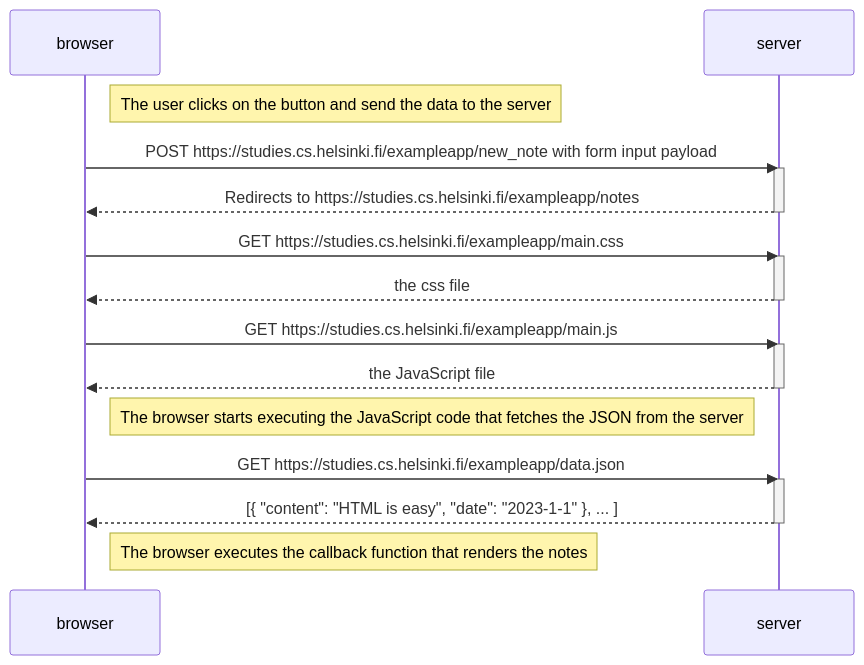
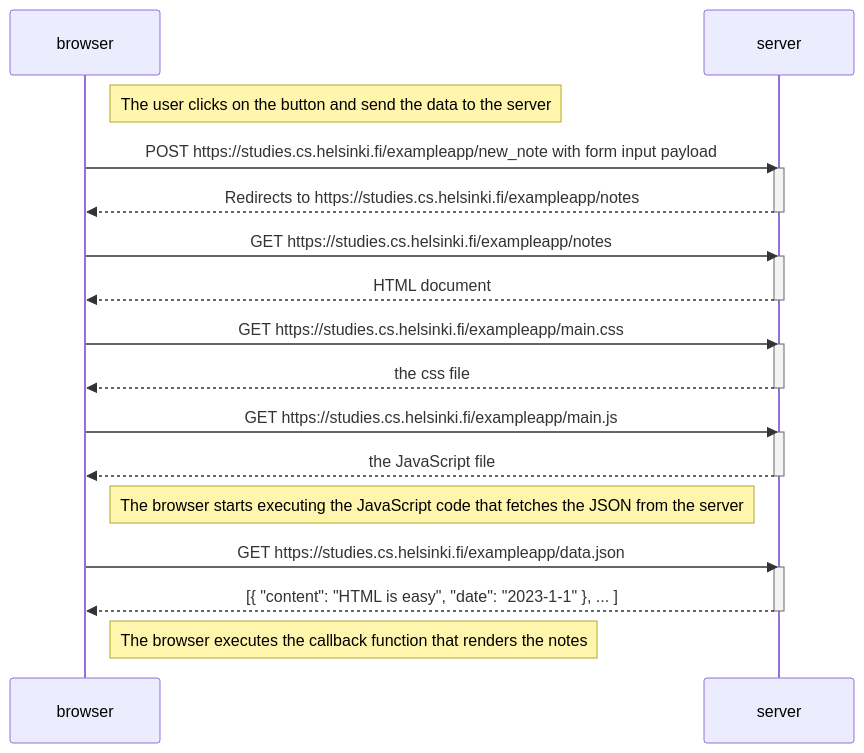
The diagram in part0/Markdown.md (LucasMontecino/fullstackopen), drawn with Mermaid before and after one commit.

Commit message:
Add missing server response for notes retrieval in mermaid sequence diagram

````diff
--- a/part0/Markdown.md
+++ b/part0/Markdown.md
@@ -1,31 +1,36 @@
 ```mermaid
     sequenceDiagram
     participant browser
     participant server
 
     Note right of browser: The user clicks on the button and send the data to the server
 
     browser->>server: POST https://studies.cs.helsinki.fi/exampleapp/new_note with form input payload
     activate server
     server-->>browser: Redirects to https://studies.cs.helsinki.fi/exampleapp/notes
+    deactivate server
+
+    browser->>server: GET https://studies.cs.helsinki.fi/exampleapp/notes
+    activate server
+    server-->>browser: HTML document
     deactivate server
 
     browser->>server: GET https://studies.cs.helsinki.fi/exampleapp/main.css
     activate server
     server-->>browser: the css file
     deactivate server
 
     browser->>server: GET https://studies.cs.helsinki.fi/exampleapp/main.js
     activate server
     server-->>browser: the JavaScript file
     deactivate server
 
     Note right of browser: The browser starts executing the JavaScript code that fetches the JSON from the server
 
     browser->>server: GET https://studies.cs.helsinki.fi/exampleapp/data.json
     activate server
     server-->>browser: [{ "content": "HTML is easy", "date": "2023-1-1" }, ... ]
     deactivate server
 
     Note right of browser: The browser executes the callback function that renders the notes
 ```
````
